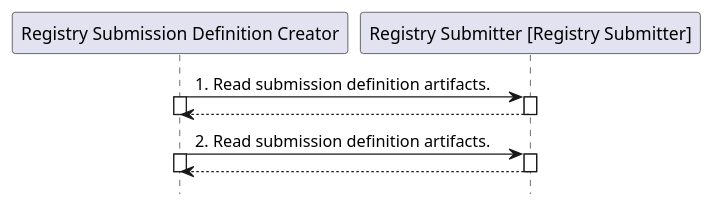
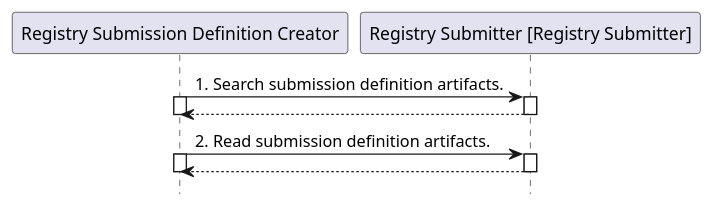
The diagram in input/images-source/usecase-ReadSubmission-processflow.plantuml (HL7/fhir-registry-protocols-ig), drawn with PlantUML before and after one commit. The commit also changed 5 other files, not shown here.

```diff
--- a/input/images-source/usecase-ReadSubmission-processflow.plantuml
+++ b/input/images-source/usecase-ReadSubmission-processflow.plantuml
@@ -4,17 +4,17 @@
 @startuml
 hide footbox
 participant "Registry Submission Definition Creator" as RSDC
 participant "Registry Submitter [Registry Submitter]" as RS
-"RSDC" -> "RS" : 1. Read submission definition artifacts.
+"RSDC" -> "RS" : 1. Search submission definition artifacts.
 activate "RSDC"
 activate "RS"
 return
 deactivate "RSDC"
 deactivate "RS"
 "RSDC" -> "RS" : 2. Read submission definition artifacts.
 activate "RSDC"
 activate "RS"
 return
 deactivate "RSDC"
 deactivate "RS"
 @enduml
```
